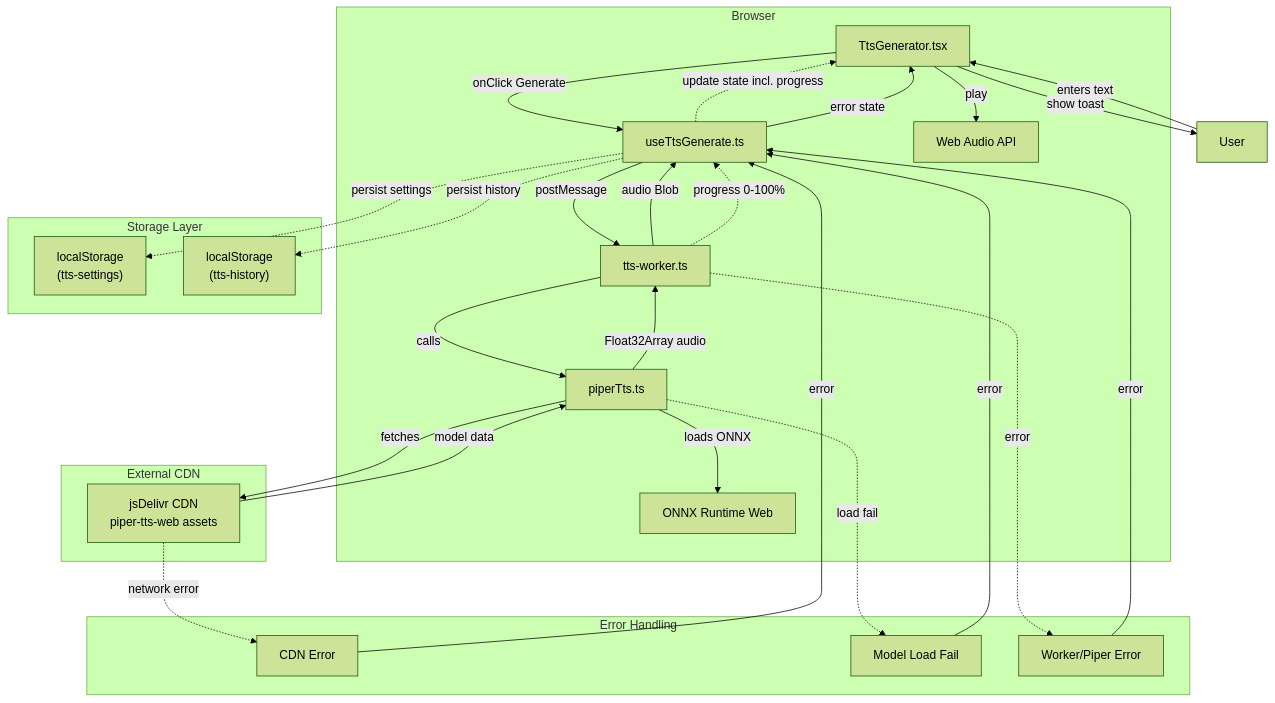
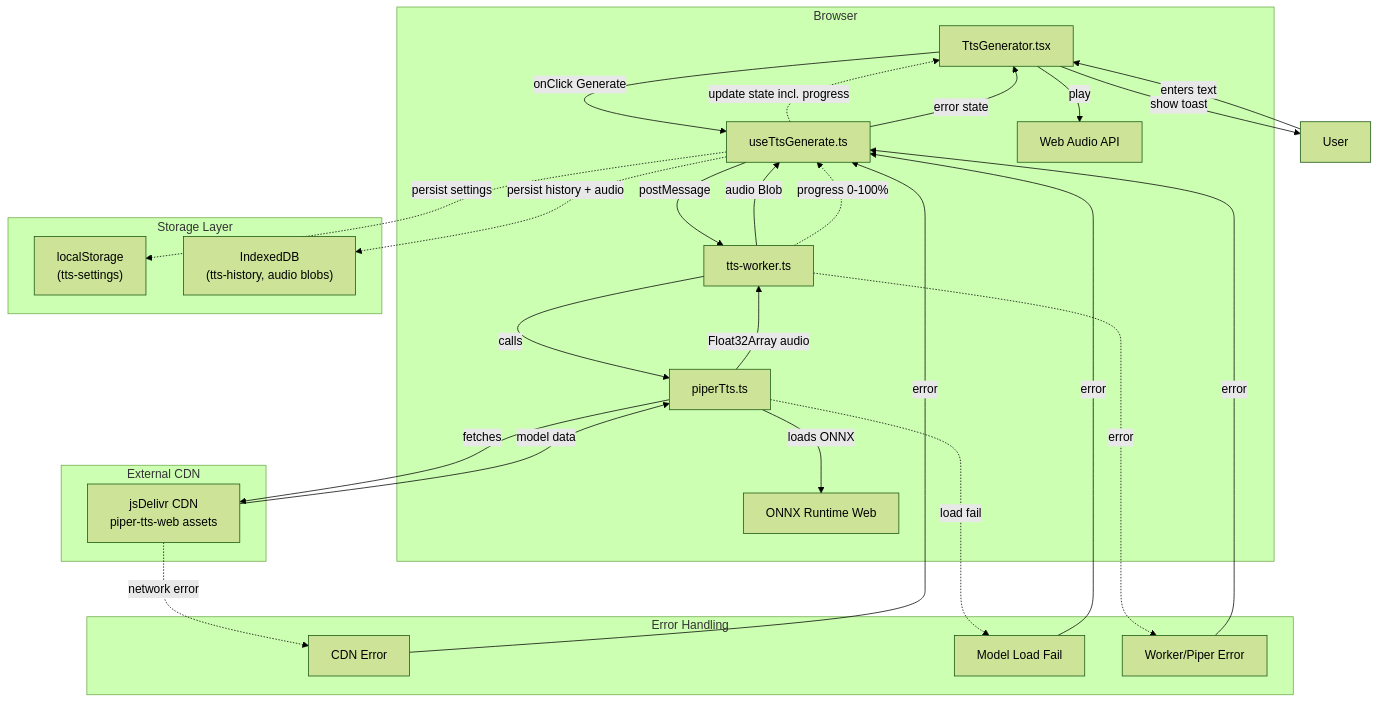
Before and after one commit to VanMinh1802/app-gen-voice-ai: the diagram in guide/.sdlc/specs/REQ-001-piper-tts-engine/SPEC.md, drawn with Mermaid (forest theme). The commit also changed other lines of this file and 35 other files, not shown here.

````diff
--- a/guide/.sdlc/specs/REQ-001-piper-tts-engine/SPEC.md
+++ b/guide/.sdlc/specs/REQ-001-piper-tts-engine/SPEC.md
@@ -33,70 +47,70 @@
 ```mermaid
 flowchart TB
     subgraph Client["Browser"]
         UI["TtsGenerator.tsx"]
         Hook["useTtsGenerate.ts"]
         Worker["tts-worker.ts"]
         PiperLib["piperTts.ts"]
         ONNX["ONNX Runtime Web"]
         WebAudio["Web Audio API"]
     end
 
     subgraph Storage["Storage Layer"]
         LS_Settings["localStorage\n(tts-settings)"]
-        LS_History["localStorage\n(tts-history)"]
+        IDB_History["IndexedDB\n(tts-history, audio blobs)"]
     end
 
     subgraph CDN["External CDN"]
         CDNNode["jsDelivr CDN\npiper-tts-web assets"]
     end
 
     subgraph Error["Error Handling"]
         ErrCDN["CDN Error"]
         ErrModel["Model Load Fail"]
         ErrWorker["Worker/Piper Error"]
     end
 
     %% User Input Flow
     User["User"] -->|enters text| UI
 
     %% Main Generation Flow
     UI -->|onClick Generate| Hook
     Hook -->|postMessage| Worker
     Worker -->|calls| PiperLib
 
     %% CDN & Model Loading
     PiperLib -->|loads ONNX| ONNX
     PiperLib -->|fetches| CDNNode
     CDNNode -->|model data| PiperLib
 
     %% Error Paths - CDN/Model
     CDNNode -.->|network error| ErrCDN
     ErrCDN -->|error| Hook
     PiperLib -.->|load fail| ErrModel
     ErrModel -->|error| Hook
 
     %% Success Path
     PiperLib -->|Float32Array audio| Worker
     Worker -->|audio Blob| Hook
 
     %% Progress Updates
     Worker -.->|progress 0-100%| Hook
     Hook -.->|update state incl. progress| UI
 
     %% Audio Playback
     UI -->|play| WebAudio
 
-    %% History Storage
-    Hook -.->|persist history| LS_History
+    %% History Storage (IndexedDB for audio blobs)
+    Hook -.->|persist history + audio| IDB_History
 
     %% Settings Persistence
     Hook -.->|persist settings| LS_Settings
 
     %% Error Path - Worker/Piper
     Worker -.->|error| ErrWorker
     ErrWorker -->|error| Hook
 
     %% Error Display
     Hook -->|error state| UI
     UI -->|show toast| User
 ```
````
